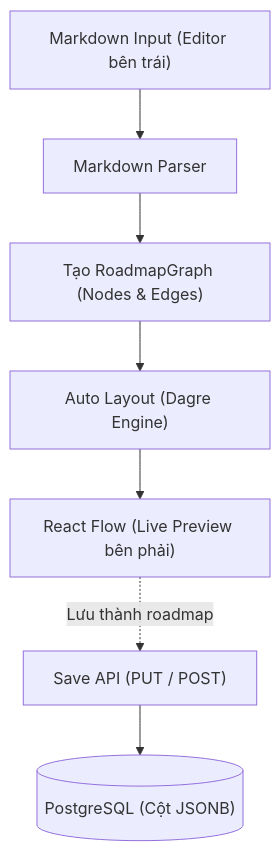
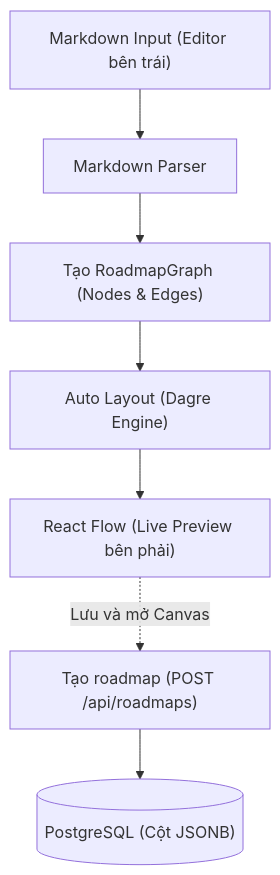
One commit to ch1nhcp/better-flow changed the diagram in docs/contracts.md. Above: the diagram before and after it, drawn with Mermaid. The commit also changed other lines of this file and 21 other files, not shown here.

Commit message:
feat(playground): add Markdown preview and save to Canvas

````diff
--- a/docs/contracts.md
+++ b/docs/contracts.md
@@ -406,9 +406,9 @@
 ```mermaid
 flowchart TD
     MD["Markdown Input (Editor bên trái)"] --> Parser["Markdown Parser"]
     Parser --> Graph["Tạo RoadmapGraph (Nodes & Edges)"]
     Graph --> Dagre["Auto Layout (Dagre Engine)"]
     Dagre --> RF["React Flow (Live Preview bên phải)"]
-    RF -.->|"Lưu thành roadmap"| SaveAPI["Save API (PUT / POST)"]
+    RF -.->|"Lưu và mở Canvas"| SaveAPI["Tạo roadmap (POST /api/roadmaps)"]
     SaveAPI --> DB[("PostgreSQL (Cột JSONB)")]
 ```
````
